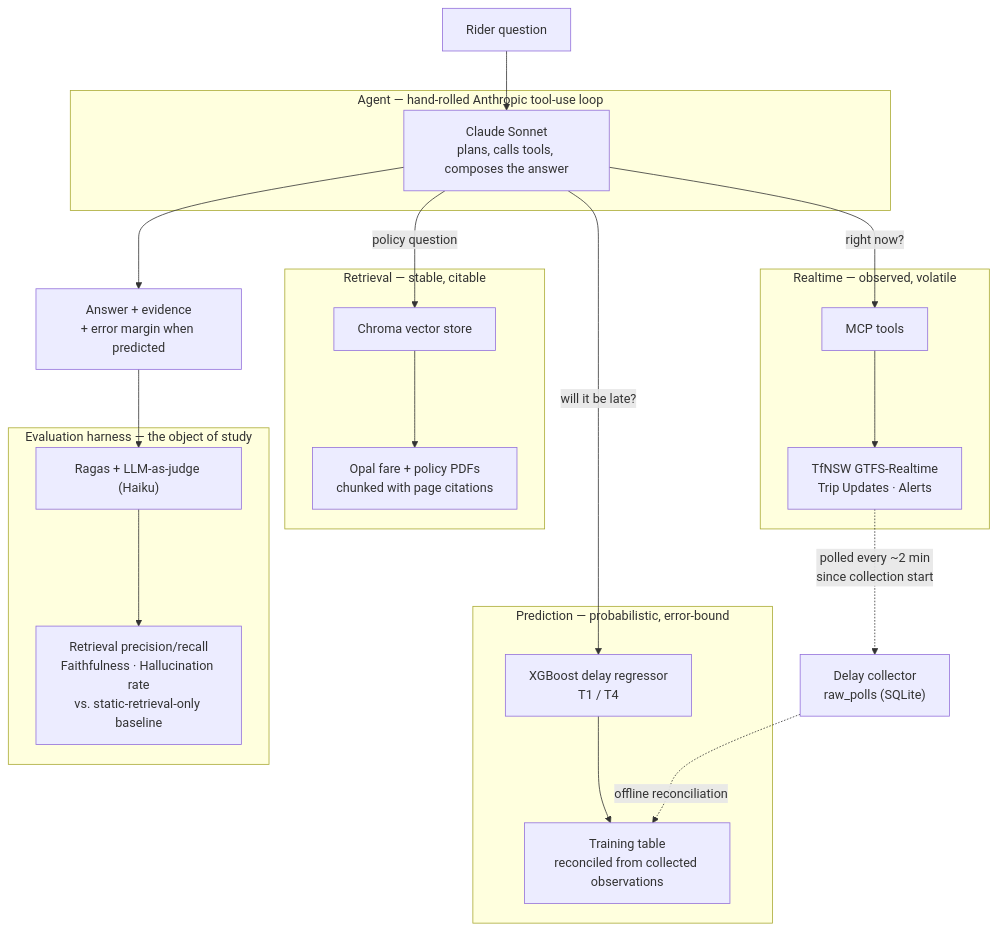
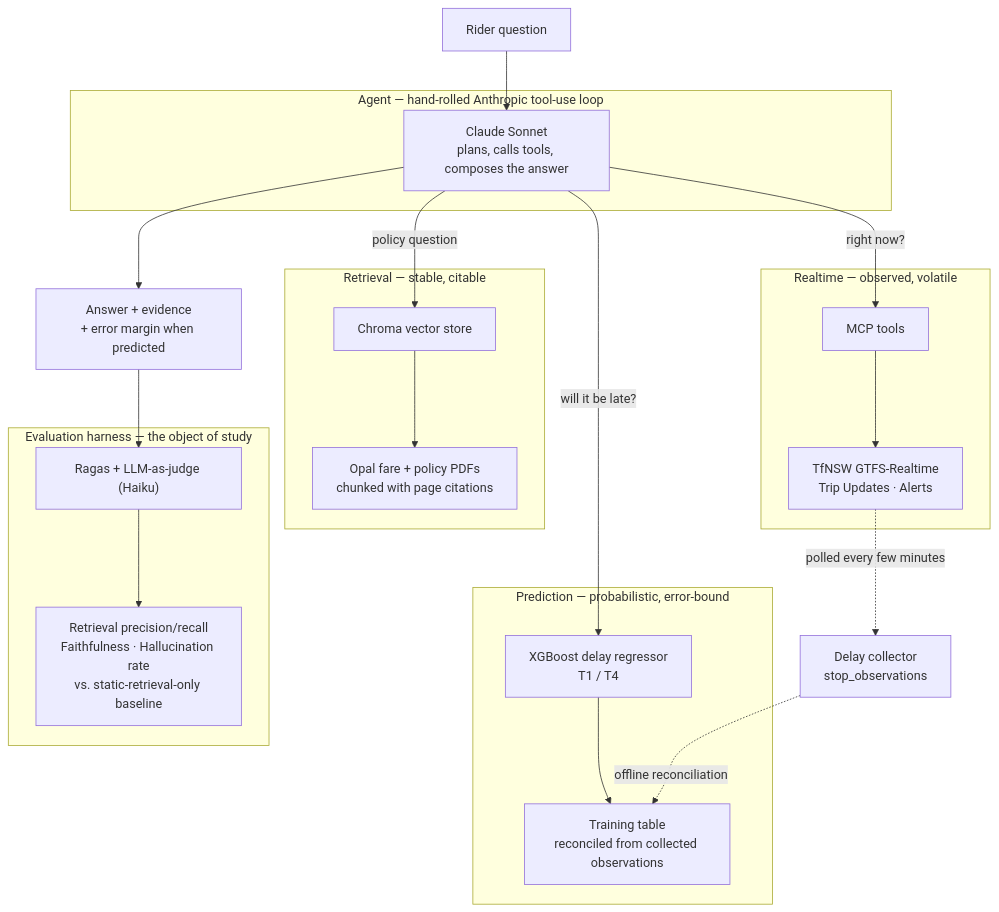
Before and after one commit to ALEXPJ02/faithful-transit-rag: the diagram in docs/01-architecture.md, drawn with Mermaid. The commit also changed other lines of this file and 17 other files, not shown here.

````diff
--- a/docs/01-architecture.md
+++ b/docs/01-architecture.md
@@ -8,35 +8,35 @@
 ```mermaid
 flowchart TB
     U["Rider question"] --> AG
 
     subgraph AGENT["Agent — hand-rolled Anthropic tool-use loop"]
         AG["Claude Sonnet<br/>plans, calls tools, composes the answer"]
     end
 
     AG -->|"policy question"| RET
     AG -->|"right now?"| RT
     AG -->|"will it be late?"| PRED
 
     subgraph STATIC["Retrieval — stable, citable"]
         RET["Chroma vector store"] --> COR["Opal fare + policy PDFs<br/>chunked with page citations"]
     end
 
     subgraph LIVE["Realtime — observed, volatile"]
         RT["MCP tools"] --> TF["TfNSW GTFS-Realtime<br/>Trip Updates · Alerts"]
     end
 
     subgraph MODEL["Prediction — probabilistic, error-bound"]
         PRED["XGBoost delay regressor<br/>T1 / T4"] --> TRAIN["Training table<br/>reconciled from collected observations"]
     end
 
-    TF -.->|"polled every ~2 min<br/>since collection start"| COLL["Delay collector<br/>raw_polls (SQLite)"]
+    TF -.->|"polled every few minutes"| COLL["Delay collector<br/>stop_observations"]
     COLL -.->|"offline reconciliation"| TRAIN
 
     AG --> ANS["Answer + evidence<br/>+ error margin when predicted"]
     ANS --> EVAL
 
     subgraph HARNESS["Evaluation harness — the object of study"]
         EVAL["Ragas + LLM-as-judge (Haiku)"]
         EVAL --> M["Retrieval precision/recall<br/>Faithfulness · Hallucination rate<br/>vs. static-retrieval-only baseline"]
     end
 ```
````
